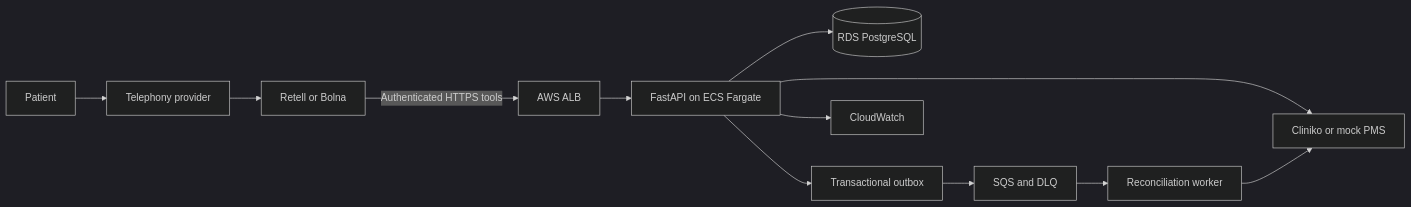
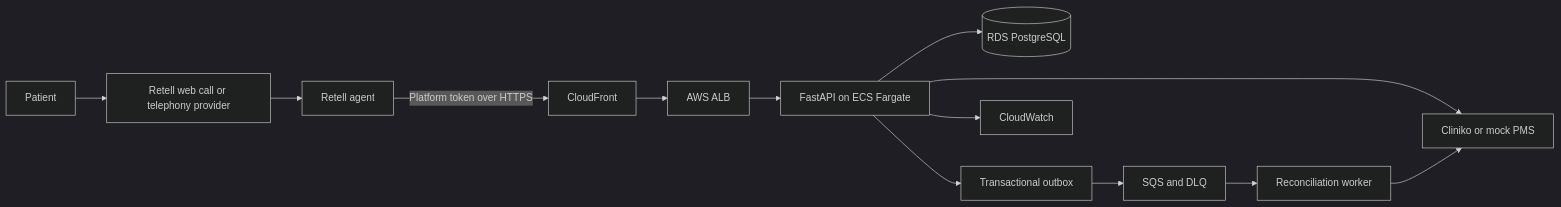
One commit to khushalkumar/2care-clinic-voice-agent changed the diagram in docs/architecture.md. Above: the diagram before and after it, drawn with Mermaid (dark theme). The commit also changed 11 other files, not shown here.

Commit message:
Integrate Retell staging agent

````diff
--- a/docs/architecture.md
+++ b/docs/architecture.md
@@ -11,14 +11,15 @@
 ```mermaid
 flowchart LR
-    Caller["Patient"] --> Telephony["Telephony provider"]
-    Telephony --> Voice["Retell or Bolna"]
-    Voice -->|"Authenticated HTTPS tools"| ALB["AWS ALB"]
+    Caller["Patient"] --> Telephony["Retell web call or telephony provider"]
+    Telephony --> Voice["Retell agent"]
+    Voice -->|"Platform token over HTTPS"| Edge["CloudFront"]
+    Edge --> ALB["AWS ALB"]
     ALB --> API["FastAPI on ECS Fargate"]
     API --> DB[("RDS PostgreSQL")]
     API --> PMS["Cliniko or mock PMS"]
     API --> Outbox["Transactional outbox"]
     Outbox --> Queue["SQS and DLQ"]
     Queue --> Worker["Reconciliation worker"]
     Worker --> PMS
     API --> Logs["CloudWatch"]
 ```
````
